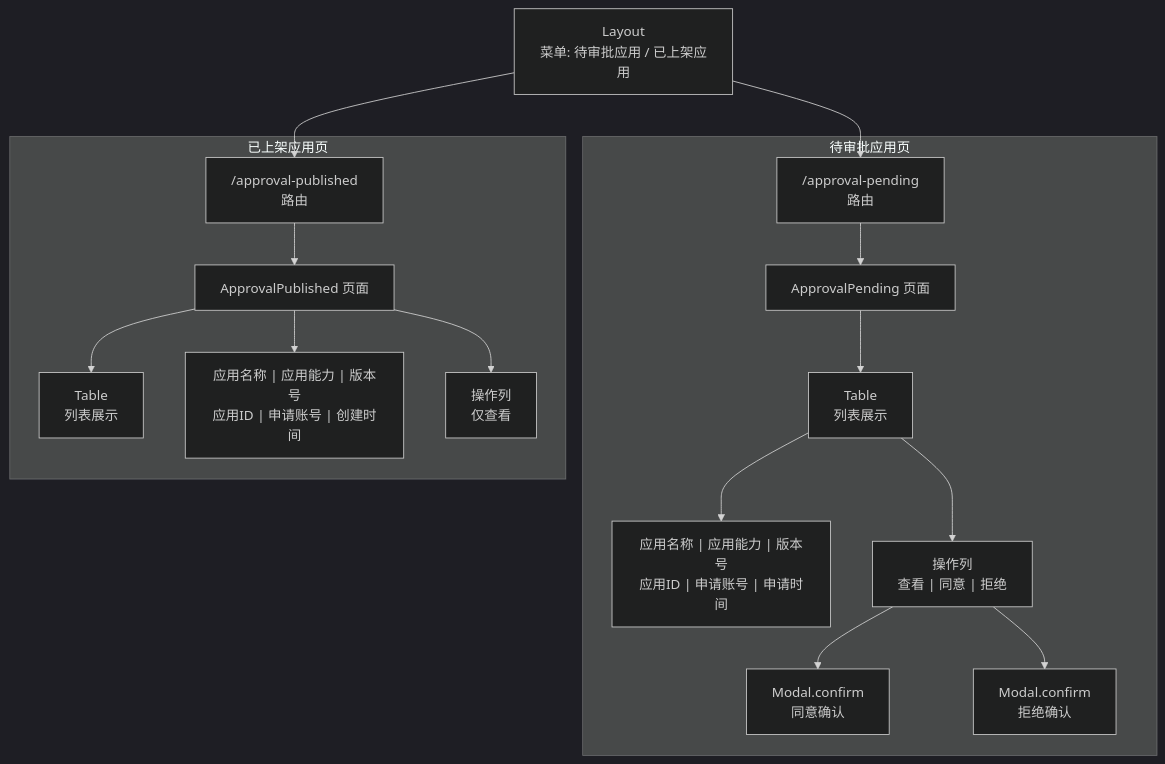
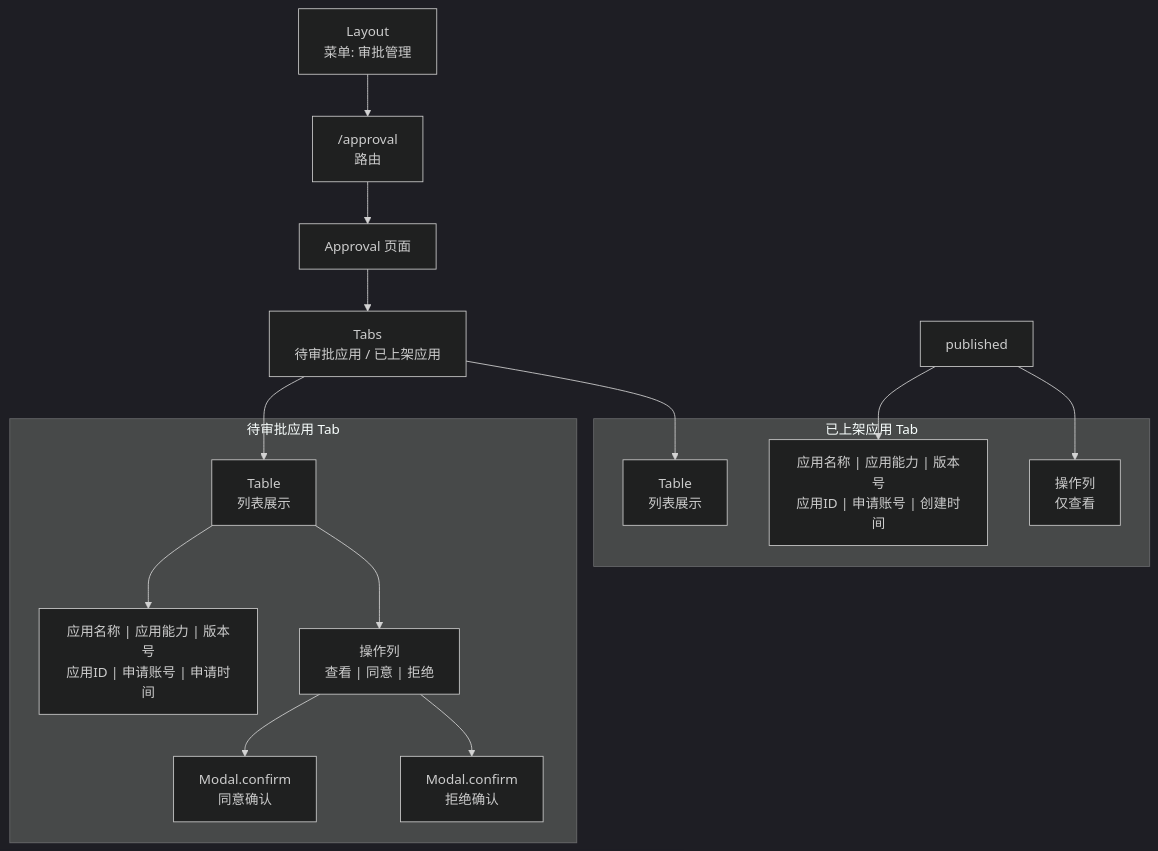
One commit to THZSummer/open-app changed the third of 7 diagrams in docs/market-server/approval-management-requirement.md. Above: the diagram before and after it, drawn with Mermaid (dark theme). The commit also changed other lines of this file and 2 other files, not shown here.

First line of the commit message:
docs: 改回单页面双Tab结构（审批管理）

````diff
--- a/docs/market-server/approval-management-requirement.md
+++ b/docs/market-server/approval-management-requirement.md
@@ -316,35 +314,33 @@
 ```mermaid
 graph TD
-    layout["Layout<br/>菜单: 待审批应用 / 已上架应用"]
+    layout["Layout<br/>菜单: 审批管理"]
+    route["/approval<br/>路由"]
+    approval["Approval 页面"]
+    tabs["Tabs<br/>待审批应用 / 已上架应用"]
     
-    subgraph 待审批应用页
-        route_pending["/approval-pending<br/>路由"]
-        pending["ApprovalPending 页面"]
+    subgraph 待审批应用 Tab
         table_pending["Table<br/>列表展示"]
         col_pending["应用名称 | 应用能力 | 版本号<br/>应用ID | 申请账号 | 申请时间"]
         action_pending["操作列<br/>查看 | 同意 | 拒绝"]
         confirm["Modal.confirm<br/>同意确认"]
         reject["Modal.confirm<br/>拒绝确认"]
     end
     
-    subgraph 已上架应用页
-        route_published["/approval-published<br/>路由"]
-        published["ApprovalPublished 页面"]
+    subgraph 已上架应用 Tab
         table_published["Table<br/>列表展示"]
         col_published["应用名称 | 应用能力 | 版本号<br/>应用ID | 申请账号 | 创建时间"]
         action_published["操作列<br/>仅查看"]
     end
 
-    layout --> route_pending
-    layout --> route_published
-    route_pending --> pending
-    route_published --> published
-    pending --> table_pending
-    published --> table_published
+    layout --> route
+    route --> approval
+    approval --> tabs
+    tabs --> table_pending
+    tabs --> table_published
     table_pending --> col_pending
     table_pending --> action_pending
     published --> col_published
     published --> action_published
     action_pending --> confirm
     action_pending --> reject
 ```
````
